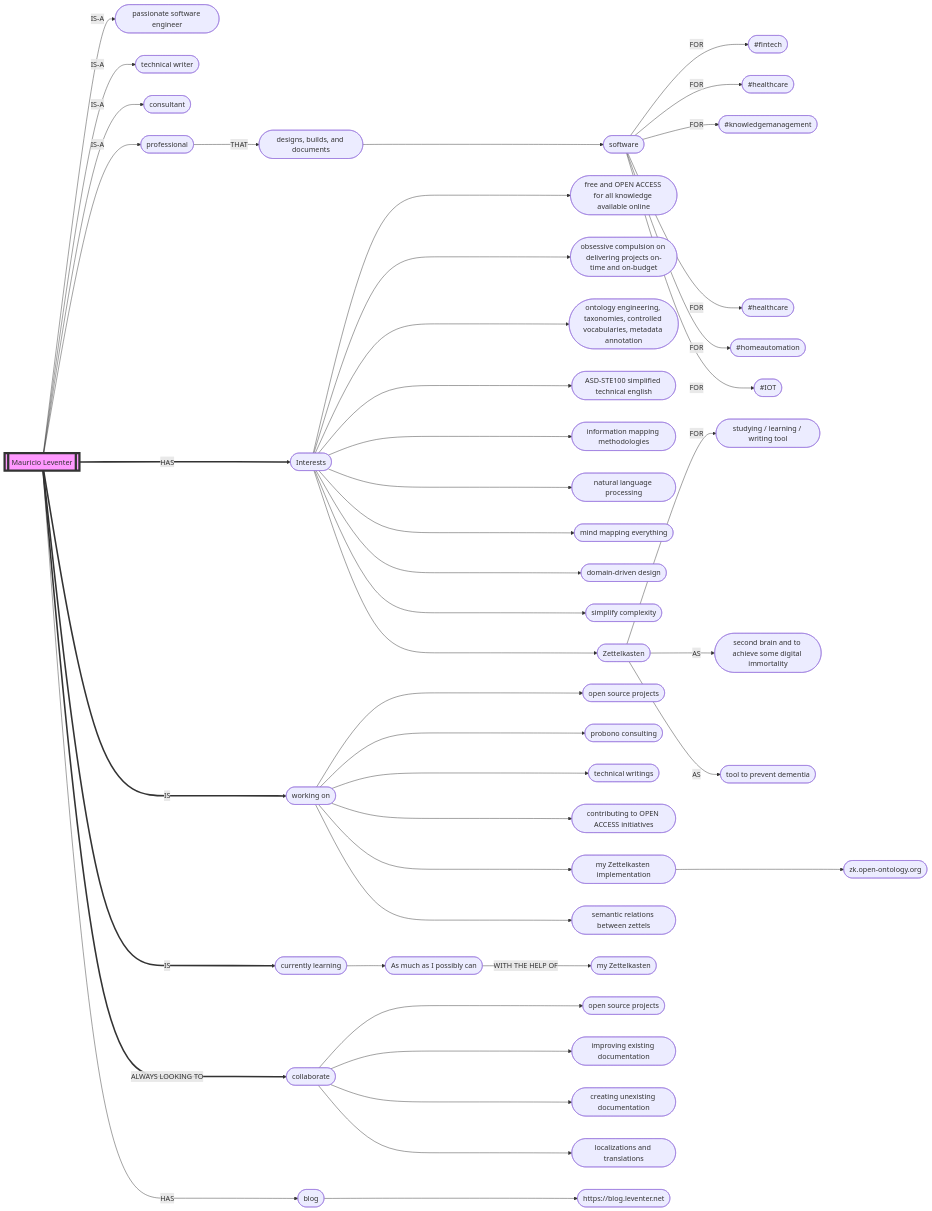
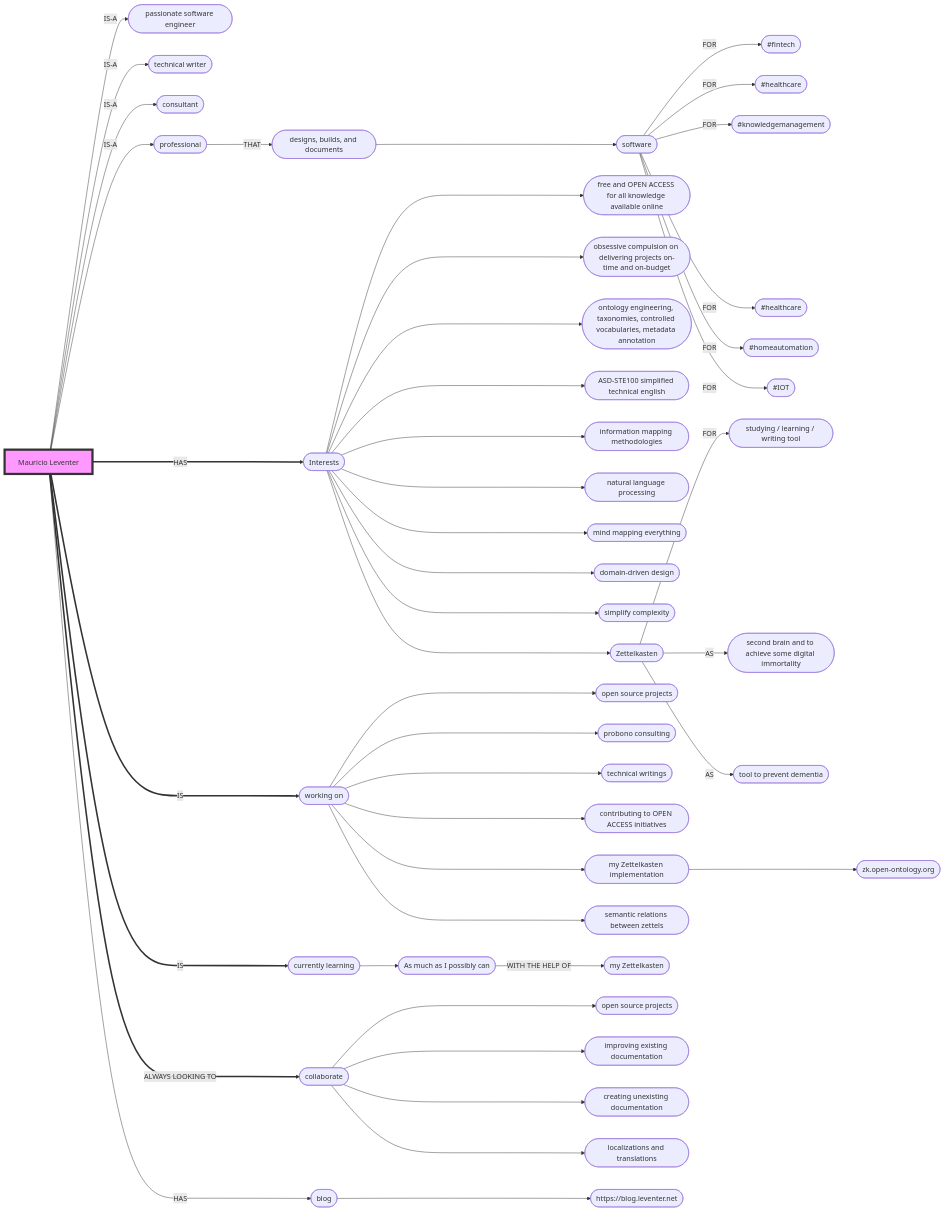
The diagram in README.md (mleventer/mleventer), drawn with Mermaid before and after one commit.

````diff
--- a/README.md
+++ b/README.md
@@ -25,48 +25,48 @@
 ```mermaid
 flowchart LR
-    A[[Mauricio Leventer]] -->|IS-A| A2([passionate software engineer])
+    A[Mauricio Leventer] -->|IS-A| A2([passionate software engineer])
     A -->|IS-A| A3([technical writer])
     A -->|IS-A| A4([consultant])
     A -->|IS-A| AA([professional])
     AA -->|THAT| A5([designs, builds, and documents])
     A5 ---> A6([software])
     A6 -->|FOR| A7([#fintech])
     A6 -->|FOR| A8([#healthcare])
     A6 -->|FOR| A9([#knowledgemanagement])
     A6 -->|FOR| A10([#healthcare])
     A6 -->|FOR| A11([#homeautomation])
     A6 -->|FOR| A12([#IOT])    
     A ===>|HAS| B([Interests])
     B ---> I1([free and OPEN ACCESS for all knowledge available online])
     B ---> I2([obsessive compulsion on delivering projects on-time and on-budget])
     B ---> I3([ontology engineering, taxonomies, controlled vocabularies, metadata annotation])
     B ---> I4([ASD-STE100 simplified technical english])
     B ---> I5([information mapping methodologies])
     B ---> I6([natural language processing])
     B ---> I7([mind mapping everything]) 
     B ---> I8([domain-driven design]) 
     B ---> I9([simplify complexity]) 
     B ---> J([Zettelkasten])
     J -->|FOR| J1([studying / learning / writing tool]) 
     J -->|AS| J2([second brain and to achieve some digital immortality]) 
     J -->|AS| J3([tool to prevent dementia])
     A ===>|IS| C([working on])
     C ---> C1([open source projects])
     C ---> C2([probono consulting])
     C ---> C3([technical writings])
     C ---> C4([contributing to OPEN ACCESS initiatives])
     C ---> H([my Zettelkasten implementation])
     H ---> H1([zk.open-ontology.org])
     C ---> H2([semantic relations between zettels])
     A ===>|IS| D([currently learning])
     D --> D1([As much as I possibly can])
     D1 -->|WITH THE HELP OF| D2([my Zettelkasten])
     A ===>|ALWAYS LOOKING TO|E([collaborate])
     E ---> E1([open source projects])
     E ---> E2([improving existing documentation])
     E ---> E3([creating unexisting documentation])
     E ---> E4([localizations and translations])
     A --->|HAS| F([blog])
     F ---> F1([https://blog.leventer.net])
     style A fill:#f9f,stroke:#333,stroke-width:5px
 ```
````
